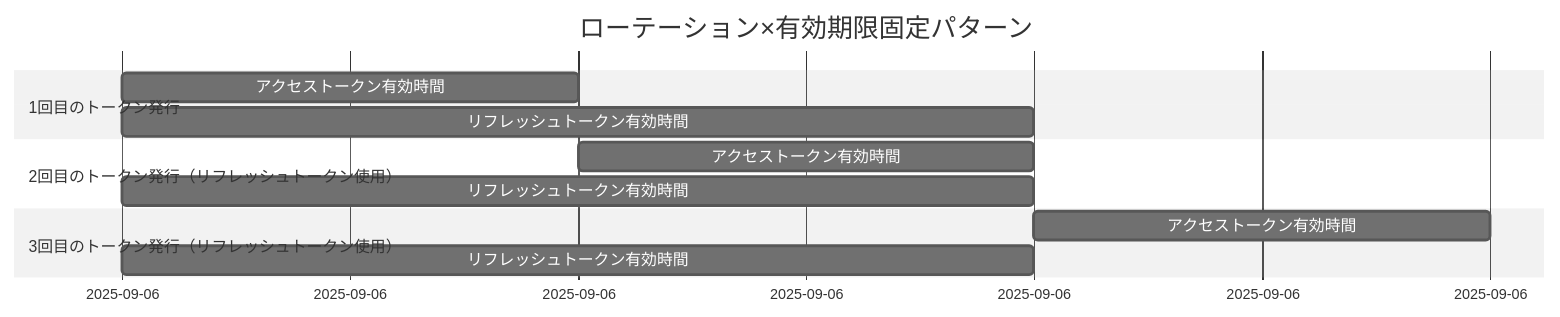
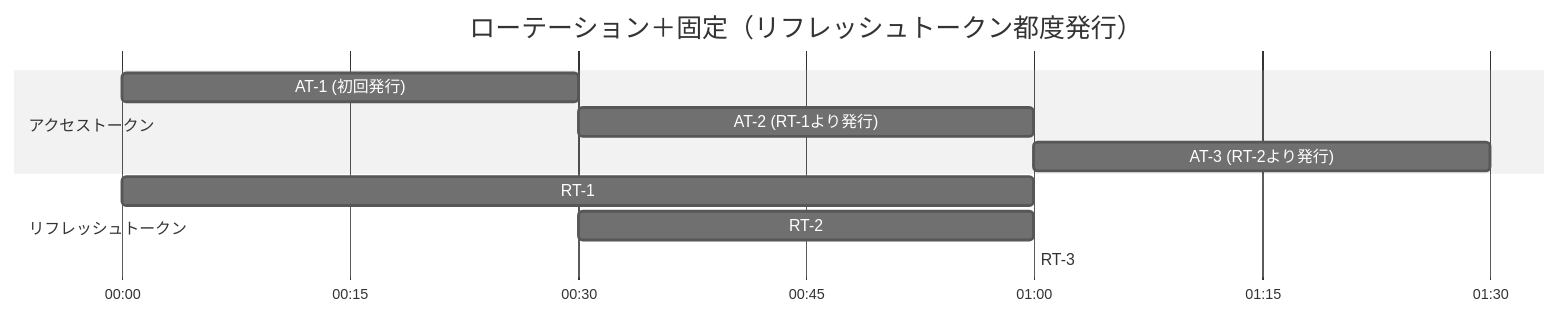
One commit to hirokazu-kobayashi-koba-hiro/idp-server changed the first of 4 diagrams in documentation/i18n/ja/docusaurus-plugin-content-docs/current/content_05_how-to/token-strategy.md. Above: the diagram before and after it, drawn with Mermaid (neutral theme). The commit also changed other lines of this file, not shown here.

````diff
--- a/documentation/i18n/ja/docusaurus-plugin-content-docs/current/content_05_how-to/token-strategy.md
+++ b/documentation/i18n/ja/docusaurus-plugin-content-docs/current/content_05_how-to/token-strategy.md
@@ -21,14 +25,14 @@
 ```mermaid
 gantt
-    title ローテーション×有効期限固定パターン
+    title ローテーション＋固定（リフレッシュトークン都度発行）
     dateFormat HH:mm
-    section 1回目のトークン発行
-        アクセストークン有効時間: a1, 00:00, 30m
-        リフレッシュトークン有効時間: a2, 00:00, 60m
-    section 2回目のトークン発行（リフレッシュトークン使用）
-        アクセストークン有効時間: b1, 00:30, 30m
-        リフレッシュトークン有効時間: a2, 00:00, 60m
-    section 3回目のトークン発行（リフレッシュトークン使用）
-        アクセストークン有効時間: c1, 01:00, 30m
-        リフレッシュトークン有効時間: a2, 00:00, 60m
+    axisFormat %H:%M
+    section アクセストークン
+        AT-1 (初回発行): a1, 00:00, 30m
+        AT-2 (RT-1より発行): a2, 00:30, 30m
+        AT-3 (RT-2より発行): a3, 01:00, 30m
+    section リフレッシュトークン
+        RT-1: r1, 00:00, 60m
+        RT-2: r2, 00:30, 30m
+        RT-3: r3, 01:00, 00m
 ```
````
